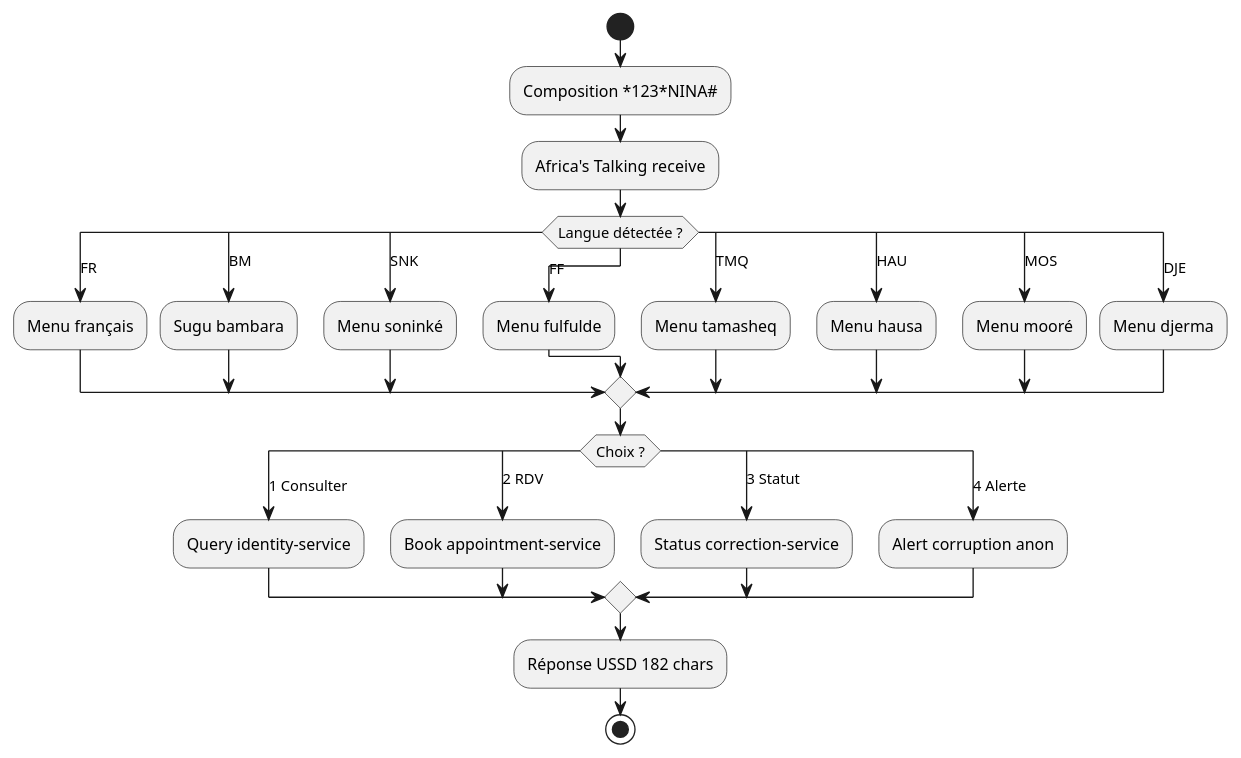
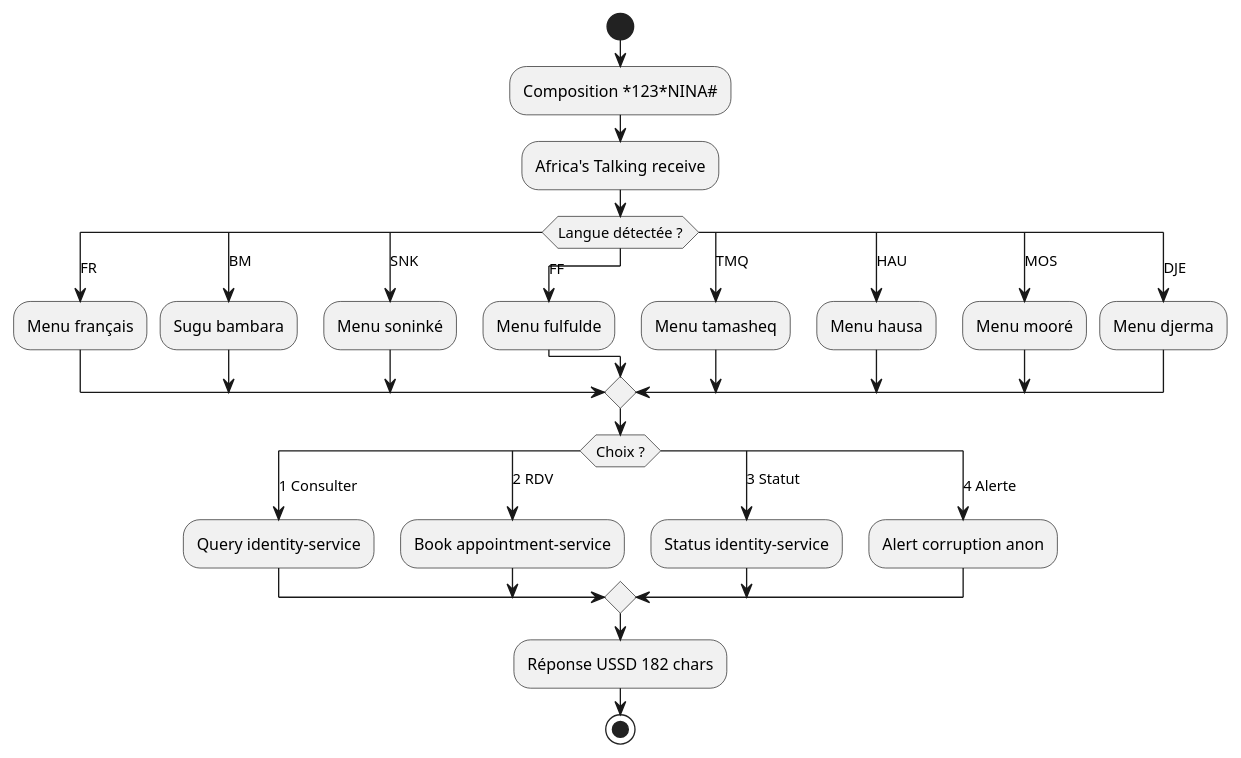
Before and after one commit to TheManInPink/Session-Ete-2026: diagram 18 of 40 in docs/diagrams/99-DIAGRAMMES-PLANTUML.md, drawn with PlantUML. The commit also changed other lines of this file and 1 other file, not shown here.

First line of the commit message:
docs: éliminer les services fictifs résiduels des diagrammes (catalogue 99)

````diff
--- a/docs/diagrams/99-DIAGRAMMES-PLANTUML.md
+++ b/docs/diagrams/99-DIAGRAMMES-PLANTUML.md
@@ -1057,40 +1057,40 @@
 ```plantuml
 @startuml
 start
 :Composition *123*NINA#;
 :Africa's Talking receive;
 
 switch (Langue détectée ?)
 case (FR)
   :Menu français;
 case (BM)
   :Sugu bambara;
 case (SNK)
   :Menu soninké;
 case (FF)
   :Menu fulfulde;
 case (TMQ)
   :Menu tamasheq;
 case (HAU)
   :Menu hausa;
 case (MOS)
   :Menu mooré;
 case (DJE)
   :Menu djerma;
 endswitch
 
 switch (Choix ?)
 case (1 Consulter)
   :Query identity-service;
 case (2 RDV)
   :Book appointment-service;
 case (3 Statut)
-  :Status correction-service;
+  :Status identity-service;
 case (4 Alerte)
   :Alert corruption anon;
 endswitch
 
 :Réponse USSD 182 chars;
 stop
 @enduml
 ```
````
